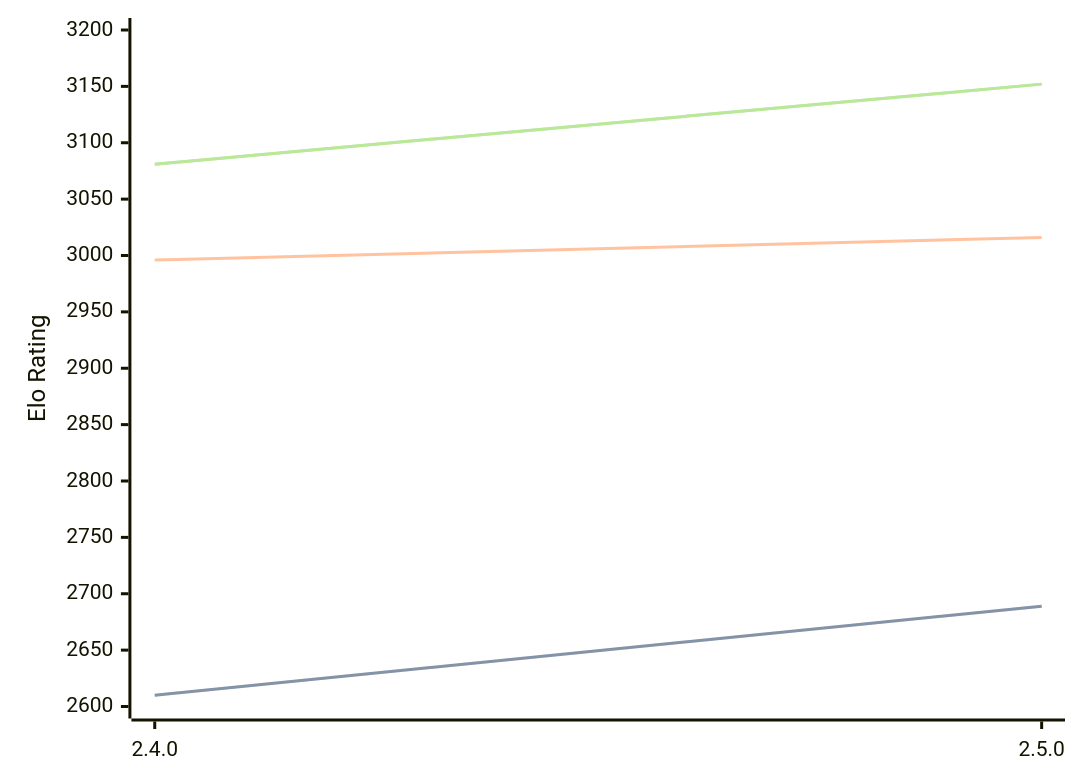
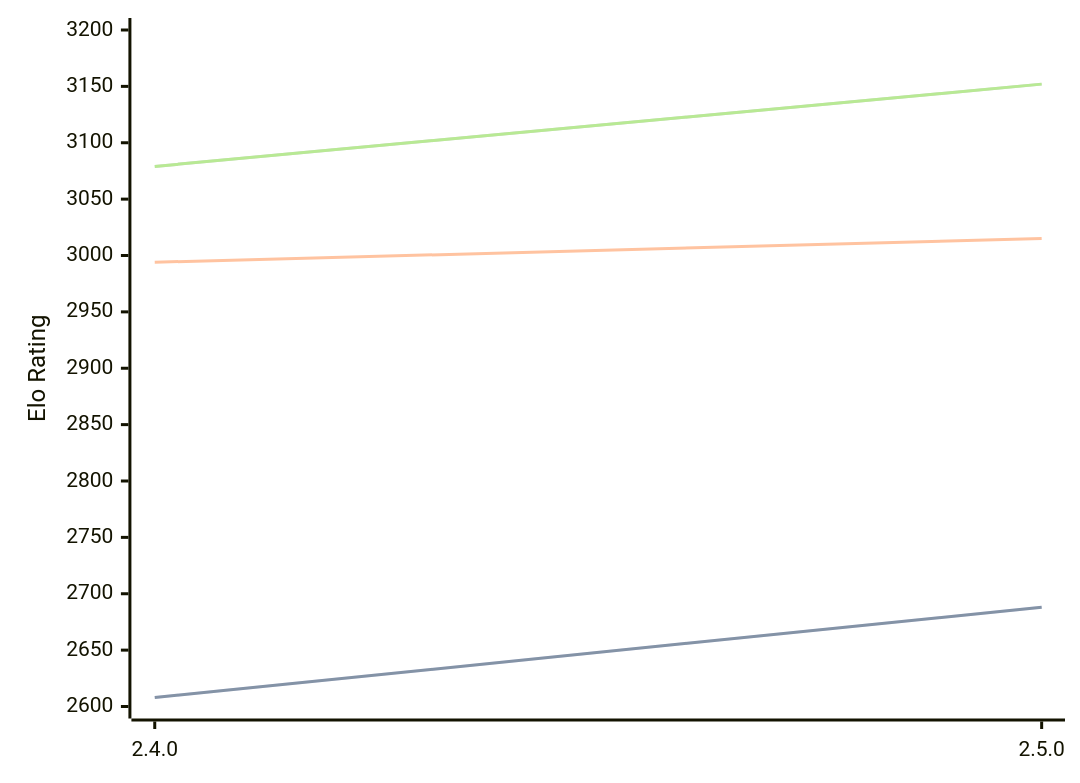
Before and after one commit to computer-chess-index/cci: the diagram in engines/Sturddle2.md, drawn with Mermaid. The commit also changed other lines of this file, not shown here.

Commit message:
Update CCI Ratings (ELO VLTC) - 2026-08-04

````diff
--- a/engines/Sturddle2.md
+++ b/engines/Sturddle2.md
@@ -37,11 +37,11 @@
 ```mermaid
 %%{init: {"theme":"base","themeVariables":{"seriesColors:['#a3a3a3','#222221','#faa371']}}}%%
 xychart-beta
   x-axis ["2.4.0", "2.5.0"]
   y-axis "Elo Rating" 2600 --> 3200
-  line "STC (8.0+0.08s)" [2610, 2689]
-  line "STC (8.0+0.08s)" [2610, 2689]
-  line "LTC (60.0+0.60s)" [2996, 3016]
-  line "VLTC (2m24s+1.12s)" [3081, 3152]
-  line "VLTC (2m24s+1.12s)" [3081, 3152]
+  line "STC (8.0+0.08s)" [2608, 2688]
+  line "STC (8.0+0.08s)" [2608, 2688]
+  line "LTC (60.0+0.60s)" [2994, 3015]
+  line "VLTC (2m24s+1.12s)" [3079, 3152]
+  line "VLTC (2m24s+1.12s)" [3079, 3152]
 ```
````
